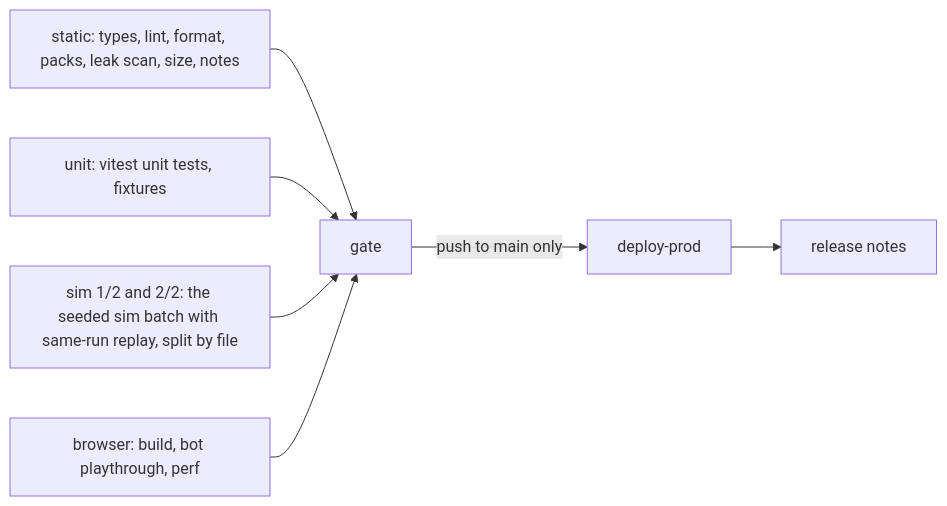
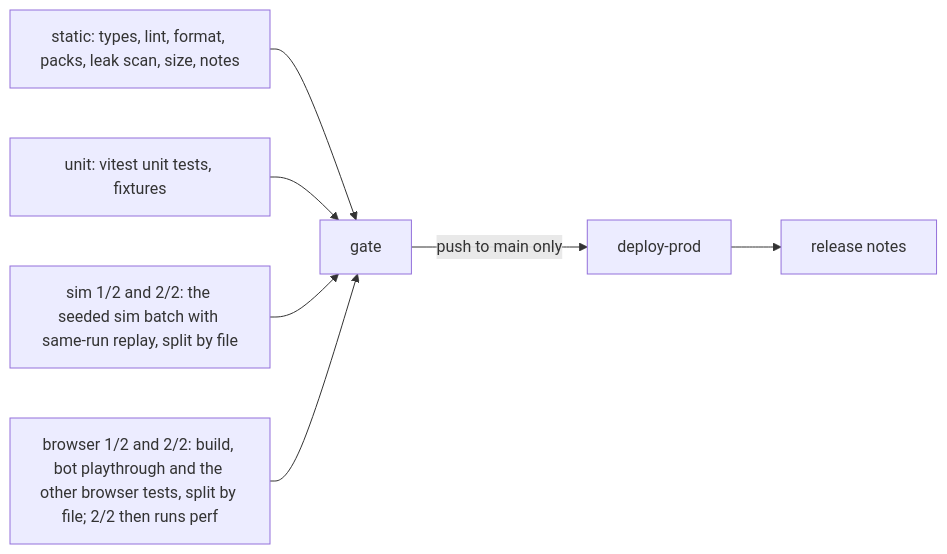
The diagram in docs/engineering.md (joshuasundance-swca/throttlebrawl), drawn with Mermaid before and after one commit. The commit also changed other lines of this file and 4 other files, not shown here.

First line of the commit message:
ci: split the browser tier into two e2e slices, perf after slice 2

````diff
--- a/docs/engineering.md
+++ b/docs/engineering.md
@@ -237,9 +237,9 @@
 ```mermaid
 flowchart LR
   A[static: types, lint, format, packs, leak scan, size, notes] --> G[gate]
   B[unit: vitest unit tests, fixtures] --> G
   S[sim 1/2 and 2/2: the seeded sim batch with same-run replay, split by file] --> G
-  C[browser: build, bot playthrough, perf] --> G
+  C[browser 1/2 and 2/2: build, bot playthrough and the other browser tests, split by file; 2/2 then runs perf] --> G
   G -->|push to main only| D[deploy-prod]
   D --> R[release notes]
 ```
````
